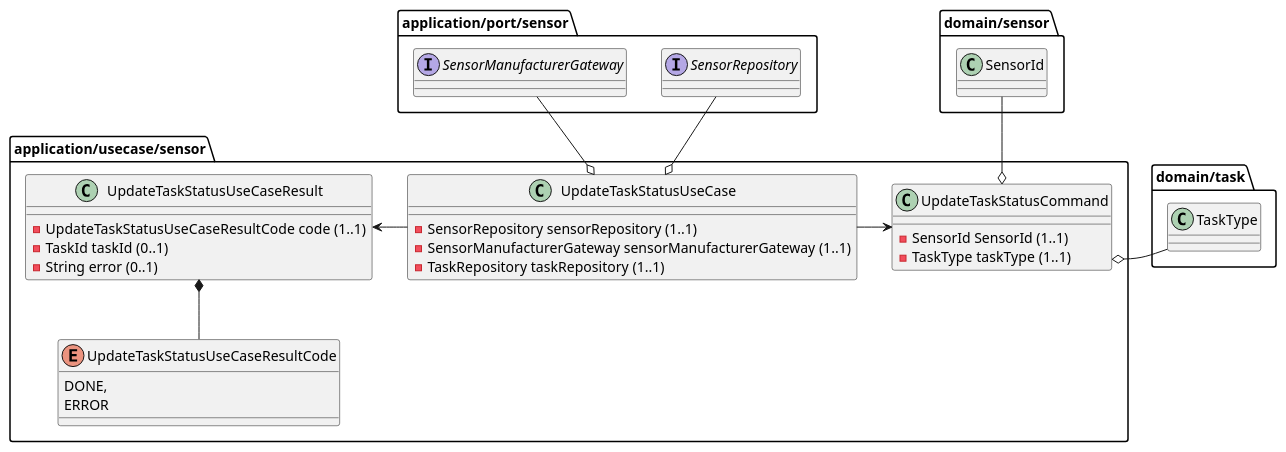
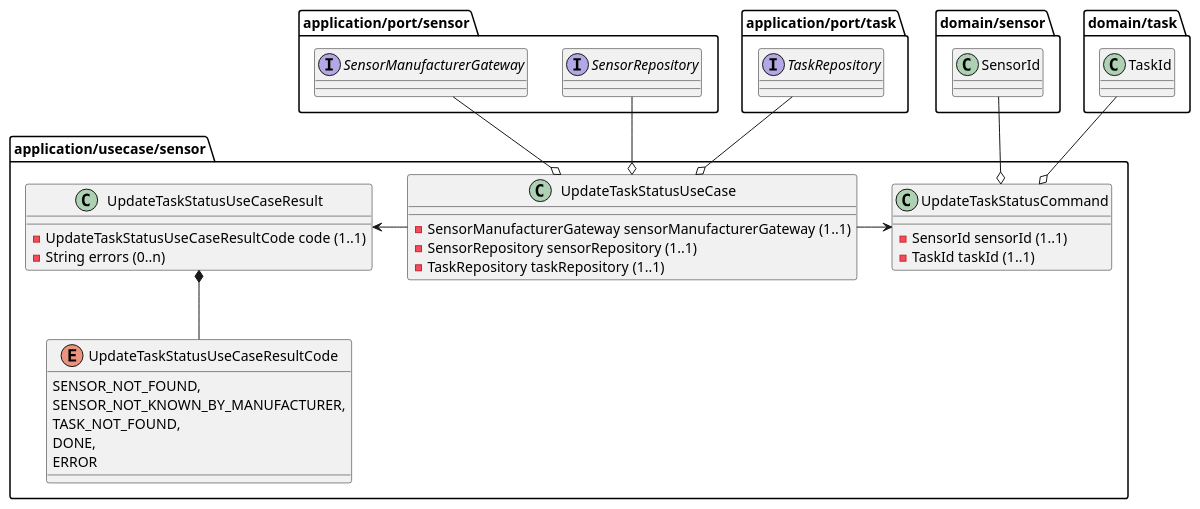
One commit to AboutCodingBE/validation-excercise changed the diagram in docs/diagrams/ClassDiagramUpdateTaskStatus.puml. Above: the diagram before and after it, drawn with PlantUML. The commit also changed 7 other files, not shown here.

Commit message:
Designed UpdateTaskStatusUseCase

```diff
--- a/docs/diagrams/ClassDiagramUpdateTaskStatus.puml
+++ b/docs/diagrams/ClassDiagramUpdateTaskStatus.puml
@@ -1,49 +1,56 @@
 @startuml
 
 package application/usecase/sensor {
   class UpdateTaskStatusCommand {
-    -SensorId SensorId (1..1)
-    -TaskType taskType (1..1)
+    -SensorId sensorId (1..1)
+    -TaskId taskId (1..1)
   }
 
   class UpdateTaskStatusUseCase {
+    -SensorManufacturerGateway sensorManufacturerGateway (1..1)
     -SensorRepository sensorRepository (1..1)
-    -SensorManufacturerGateway sensorManufacturerGateway (1..1)
     -TaskRepository taskRepository (1..1)
   }
 
   class UpdateTaskStatusUseCaseResult {
     -UpdateTaskStatusUseCaseResultCode code (1..1)
-    -TaskId taskId (0..1)
-    -String error (0..1)
+    -String errors (0..n)
   }
 
   enum UpdateTaskStatusUseCaseResultCode {
+    SENSOR_NOT_FOUND,
+    SENSOR_NOT_KNOWN_BY_MANUFACTURER,
+    TASK_NOT_FOUND,
     DONE,
     ERROR
   }
 
   UpdateTaskStatusUseCase -right-> UpdateTaskStatusCommand
   UpdateTaskStatusUseCase -left-> UpdateTaskStatusUseCaseResult
 
   UpdateTaskStatusUseCaseResult *-down- UpdateTaskStatusUseCaseResultCode
 }
 
 package application/port/sensor {
     interface SensorManufacturerGateway
     interface SensorRepository
 }
 
+package application/port/task {
+    interface TaskRepository
+}
+
 package domain/sensor {
   class SensorId
 }
 
 package domain/task {
-  class TaskType
+  class TaskId
 }
 
 UpdateTaskStatusCommand o-up- SensorId
-UpdateTaskStatusCommand o-right- TaskType
+UpdateTaskStatusCommand o-up- TaskId
 UpdateTaskStatusUseCase o-up- SensorManufacturerGateway
 UpdateTaskStatusUseCase o-up- SensorRepository
+UpdateTaskStatusUseCase o-up- TaskRepository
 @enduml
```
